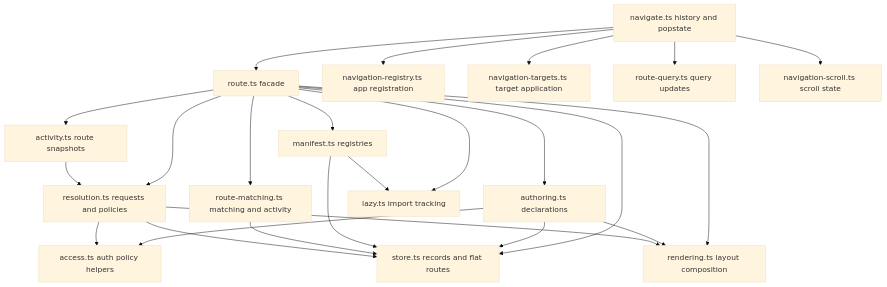
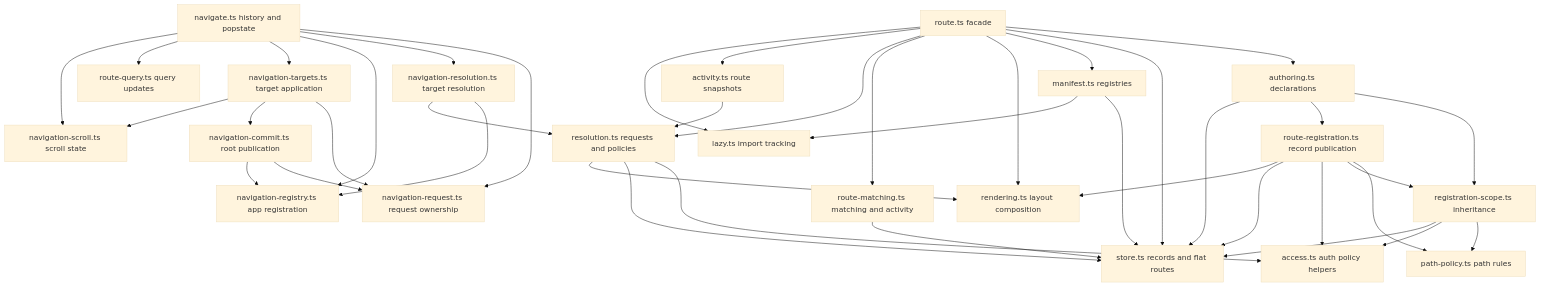
The diagram in docs/internals/router-manifest.md (askrjs/askr), drawn with Mermaid (base theme) before and after one commit. The commit also changed other lines of this file and 14 other files, not shown here.

Commit message:
refactor(router): isolate navigation resolution and root publication (#766)

````diff
--- a/docs/internals/router-manifest.md
+++ b/docs/internals/router-manifest.md
@@ -79,42 +86,64 @@
 ```mermaid
 flowchart TB
   facade[route.ts facade]
   authoring[authoring.ts declarations]
+  paths[path-policy.ts path rules]
+  scopes[registration-scope.ts inheritance]
+  records[route-registration.ts record publication]
   store[store.ts records and flat routes]
   manifest[manifest.ts registries]
   rendering[rendering.ts layout composition]
   matching[route-matching.ts matching and activity]
   resolution[resolution.ts requests and policies]
   activity[activity.ts route snapshots]
   access[access.ts auth policy helpers]
   lazy[lazy.ts import tracking]
   navigate[navigate.ts history and popstate]
   registry[navigation-registry.ts app registration]
   targets[navigation-targets.ts target application]
+  request[navigation-request.ts request ownership]
+  navResolution[navigation-resolution.ts target resolution]
+  commit[navigation-commit.ts root publication]
   routeQuery[route-query.ts query updates]
   scroll[navigation-scroll.ts scroll state]
 
   facade --> authoring
   facade --> store
   facade --> manifest
   facade --> rendering
   facade --> matching
   facade --> resolution
   facade --> activity
   facade --> lazy
-  authoring --> access
+  authoring --> scopes
+  authoring --> records
   authoring --> store
-  authoring --> rendering
+  scopes --> paths
+  scopes --> access
+  scopes --> store
+  records --> paths
+  records --> scopes
+  records --> access
+  records --> store
+  records --> rendering
   manifest --> store
   manifest --> lazy
   matching --> store
   resolution --> access
   resolution --> store
   resolution --> rendering
   activity --> resolution
-  navigate --> facade
+  navigate --> request
+  navigate --> navResolution
   navigate --> registry
   navigate --> targets
   navigate --> routeQuery
   navigate --> scroll
+  navResolution --> registry
+  navResolution --> resolution
+  targets --> request
+  targets --> commit
+  targets --> scroll
+  commit --> request
+  commit --> registry
 ```
````
